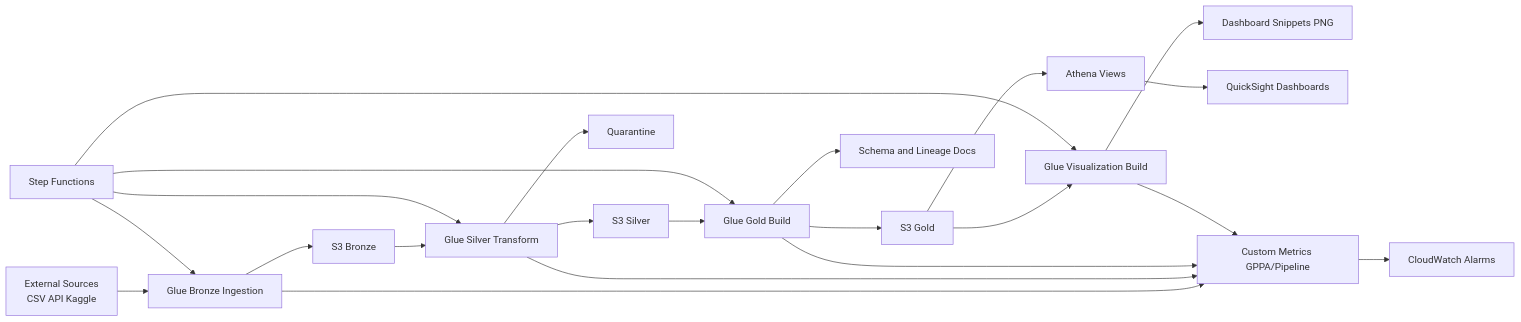
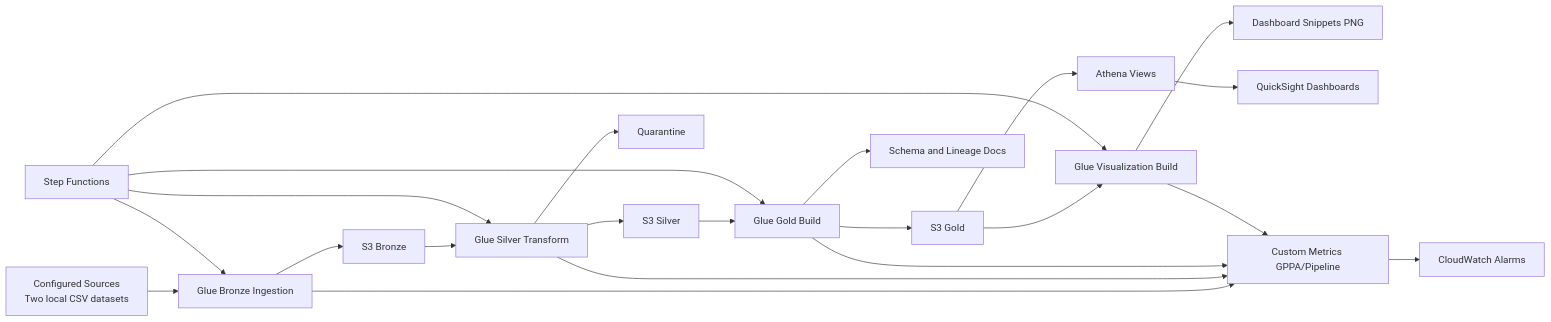
The first of 2 diagrams in README.md (cloudgeek-sys/AWS-POC), drawn with Mermaid before and after one commit. The commit also changed other lines of this file and 31 other files, not shown here.

Commit message:
Prepare submission: exclude local datasets and sync pipeline/dashboard updates

````diff
--- a/README.md
+++ b/README.md
@@ -187,27 +172,27 @@
 ```mermaid
 flowchart LR
-  SRC[External Sources\nCSV API Kaggle] --> B[Glue Bronze Ingestion]
+  SRC[Configured Sources\nTwo local CSV datasets] --> B[Glue Bronze Ingestion]
   B --> BRZ[S3 Bronze]
   BRZ --> S[Glue Silver Transform]
   S --> SLV[S3 Silver]
   S --> Q[Quarantine]
   SLV --> G[Glue Gold Build]
   G --> GLD[S3 Gold]
   G --> GOV[Schema and Lineage Docs]
   GLD --> V[Glue Visualization Build]
   V --> VIS[Dashboard Snippets PNG]
 
   SFN[Step Functions] --> B
   SFN --> S
   SFN --> G
   SFN --> V
 
   GLD --> ATH[Athena Views]
   ATH --> QS[QuickSight Dashboards]
 
   B --> M[Custom Metrics GPPA/Pipeline]
   S --> M
   G --> M
   V --> M
   M --> CW[CloudWatch Alarms]
 ```
````
